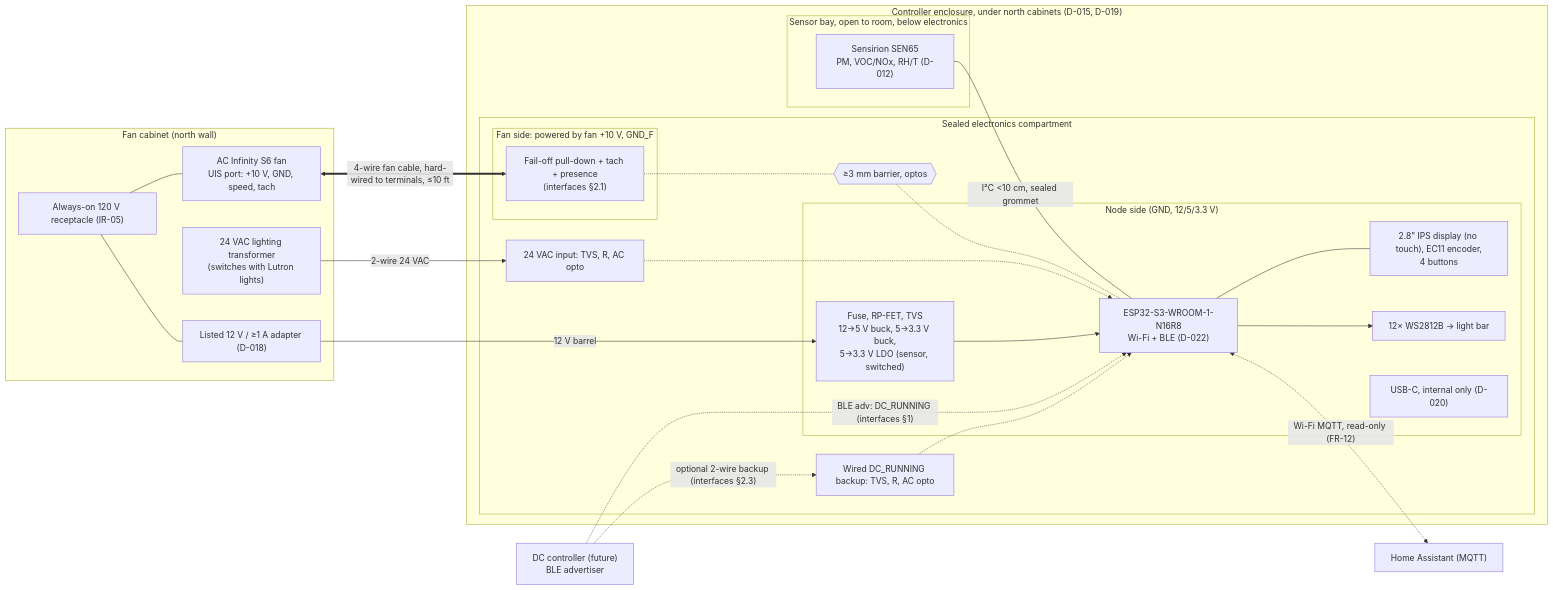
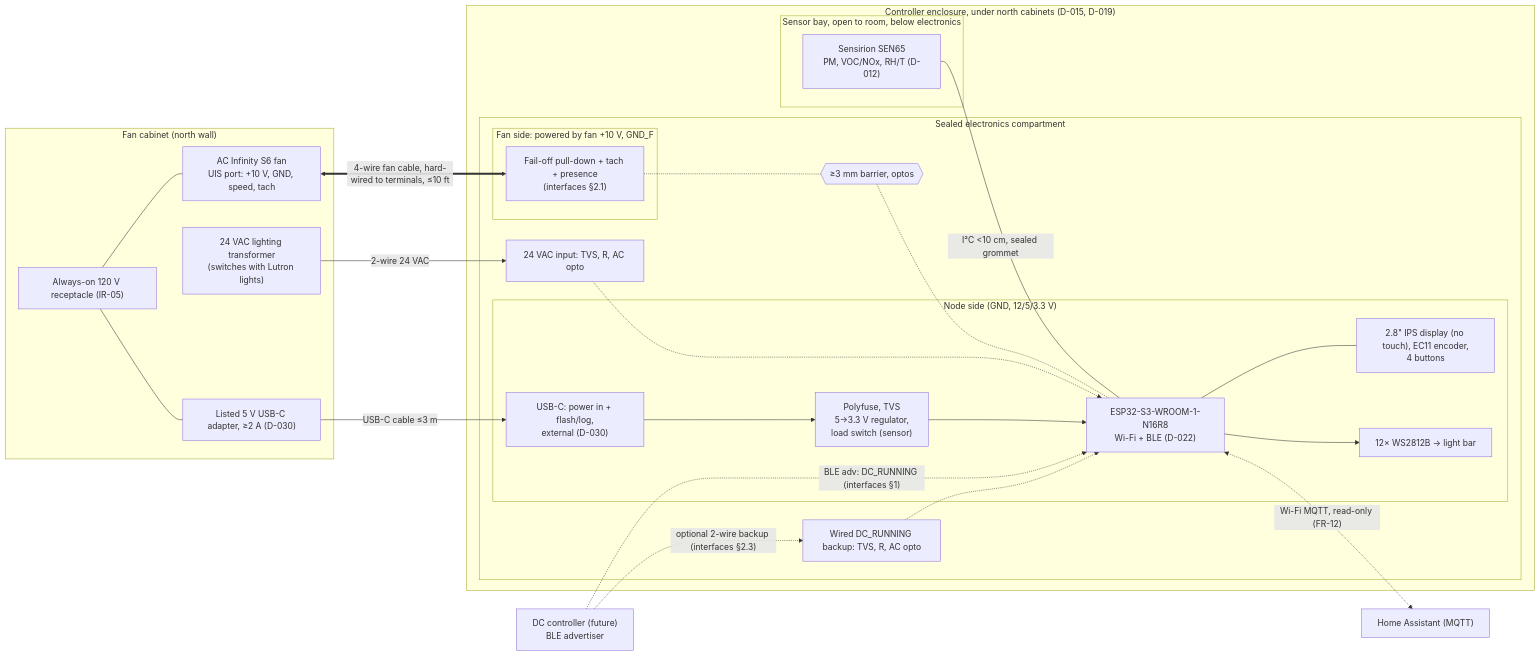
One commit to metcalf/shop-exhaust-control changed the diagram in docs/architecture.md. Above: the diagram before and after it, drawn with Mermaid. The commit also changed other lines of this file and 4 other files, not shown here.

First line of the commit message:
Power: single external 5 V USB-C for power and flash/log, 3.3 V only (D-030)

````diff
--- a/docs/architecture.md
+++ b/docs/architecture.md
@@ -9,46 +9,46 @@
 ```mermaid
 flowchart LR
   subgraph CAB["Fan cabinet (north wall)"]
     REC["Always-on 120 V receptacle (IR-05)"]
     S6["AC Infinity S6 fan<br/>UIS port: +10 V, GND, speed, tach"]
     XFMR["24 VAC lighting transformer<br/>(switches with Lutron lights)"]
-    PSU["Listed 12 V / ≥1 A adapter (D-018)"]
+    PSU["Listed 5 V USB-C adapter, ≥2 A (D-030)"]
     REC --- S6
     REC --- PSU
   end
 
   subgraph ENC["Controller enclosure, under north cabinets (D-015, D-019)"]
     subgraph EC["Sealed electronics compartment"]
       subgraph FS["Fan side: powered by fan +10 V, GND_F"]
         FAN_IF["Fail-off pull-down + tach + presence<br/>(interfaces §2.1)"]
       end
       BAR1{{"≥3 mm barrier, optos"}}
       subgraph NODE["Node side (GND, 12/5/3.3 V)"]
         MCU["ESP32-S3-WROOM-1-N16R8<br/>Wi-Fi + BLE (D-022)"]
-        PWR["Fuse, RP-FET, TVS<br/>12→5 V buck, 5→3.3 V buck,<br/>5→3.3 V LDO (sensor, switched)"]
+        PWR["Polyfuse, TVS<br/>5→3.3 V regulator,<br/>load switch (sensor)"]
         PANEL["2.8&quot; IPS display (no touch), EC11 encoder,<br/>4 buttons"]
         LEDS["12× WS2812B → light bar"]
-        USB["USB-C, internal only (D-020)"]
+        USB["USB-C: power in + flash/log,<br/>external (D-030)"]
       end
       OCC_IF["24 VAC input: TVS, R, AC opto"]
       DC_IF["Wired DC_RUNNING backup: TVS, R, AC opto"]
     end
     subgraph BAY["Sensor bay, open to room, below electronics"]
       SEN["Sensirion SEN65<br/>PM, VOC/NOx, RH/T (D-012)"]
     end
   end
 
   DC["DC controller (future)<br/>BLE advertiser"]
   HA["Home Assistant (MQTT)"]
 
   S6 <== "4-wire fan cable, hard-wired to terminals, ≤10 ft" ==> FAN_IF
   FAN_IF -.- BAR1 -.- MCU
   XFMR -- "2-wire 24 VAC" --> OCC_IF -.-> MCU
-  PSU -- "12 V barrel" --> PWR --> MCU
+  PSU -- "USB-C cable ≤3 m" --> USB --> PWR --> MCU
   SEN -- "I²C <10 cm, sealed grommet" --- MCU
   MCU --- PANEL
   MCU --> LEDS
   DC -. "BLE adv: DC_RUNNING (interfaces §1)" .-> MCU
   DC -. "optional 2-wire backup (interfaces §2.3)" .-> DC_IF -.-> MCU
   MCU <-. "Wi-Fi MQTT, read-only (FR-12)" .-> HA
 ```
````
